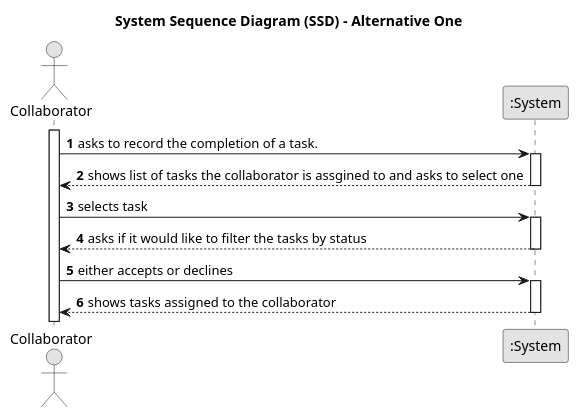
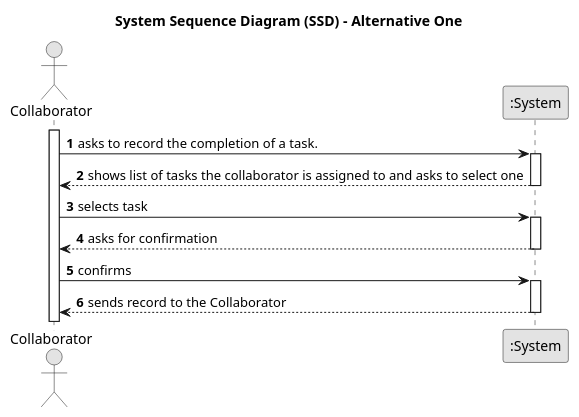
One commit to tiagosoa/lei-24-s2-1dgh-g073 changed the diagram in docs/sprint3/us029/01.requirements-engineering/puml/us029-system-sequence-diagram-alternative-one.puml. Above: the diagram before and after it, drawn with PlantUML. The commit also changed 14 other files, not shown here.

```diff
--- a/docs/sprint3/us029/01.requirements-engineering/puml/us029-system-sequence-diagram-alternative-one.puml
+++ b/docs/sprint3/us029/01.requirements-engineering/puml/us029-system-sequence-diagram-alternative-one.puml
@@ -1,33 +1,33 @@
 @startuml
 skinparam monochrome true
 skinparam packageStyle rectangle
 skinparam shadowing false
 
 title System Sequence Diagram (SSD) - Alternative One
 
 autonumber
 
 actor "Collaborator" as Collaborator
 participant ":System" as System
 
 activate Collaborator
 
     Collaborator -> System : asks to record the completion of a task.
     activate System
 
-    System --> Collaborator : shows list of tasks the collaborator is assgined to and asks to select one
+    System --> Collaborator : shows list of tasks the collaborator is assigned to and asks to select one
     deactivate System
 
     Collaborator -> System : selects task
     activate System
 
-    System --> Collaborator : asks if it would like to filter the tasks by status
+    System --> Collaborator : asks for confirmation
     deactivate System
 
-    Collaborator -> System : either accepts or declines
+    Collaborator -> System : confirms
     activate System
 
-    System --> Collaborator : shows tasks assigned to the collaborator
+    System --> Collaborator : sends record to the Collaborator
     deactivate System
 
 @enduml
```
